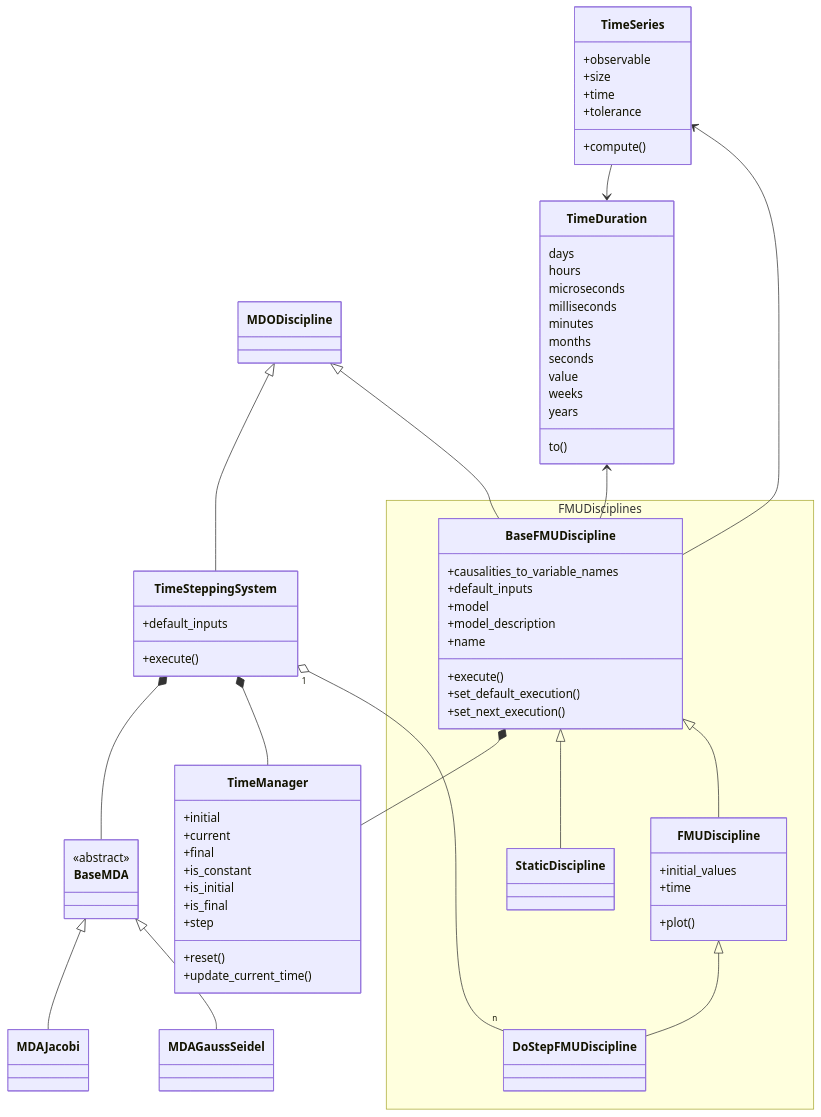
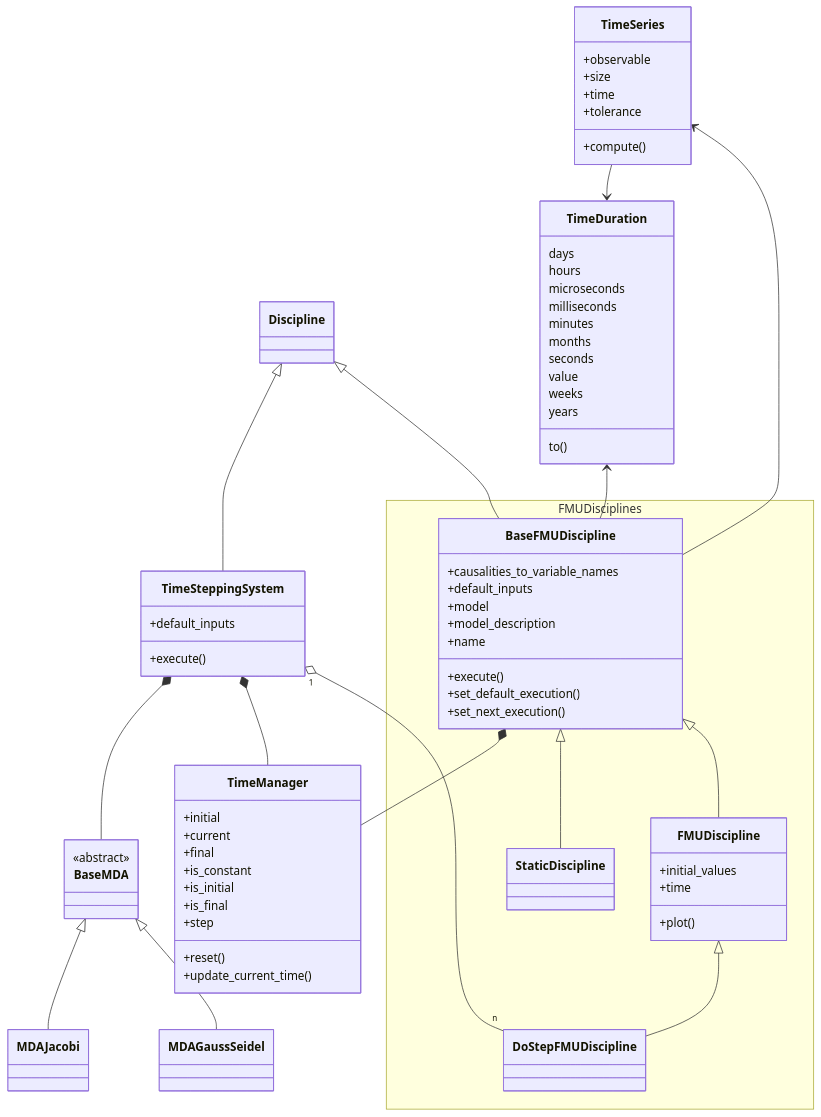
Before and after one commit to gemseo/gemseo-fmu: the diagram in docs/developer_guide/class_diagram.md, drawn with Mermaid. The commit also changed 5 other files, not shown here.

````diff
--- a/docs/developer_guide/class_diagram.md
+++ b/docs/developer_guide/class_diagram.md
@@ -14,7 +14,7 @@
 ``` mermaid
 classDiagram
-    MDODiscipline <|-- BaseFMUDiscipline
-    MDODiscipline <|-- TimeSteppingSystem
+    Discipline <|-- BaseFMUDiscipline
+    Discipline <|-- TimeSteppingSystem
 
     BaseFMUDiscipline <|-- FMUDiscipline
     BaseFMUDiscipline <|-- StaticDiscipline
````
